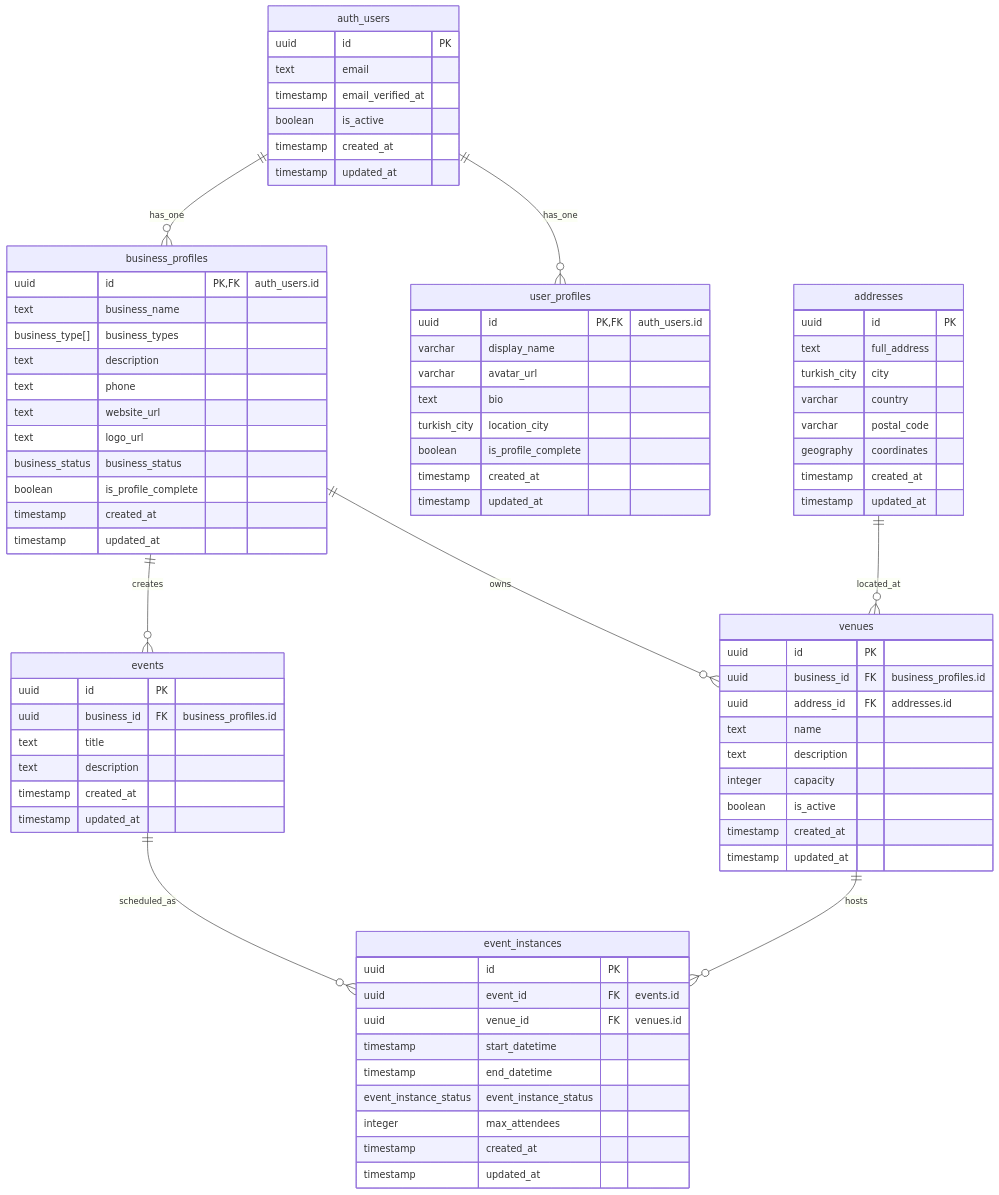
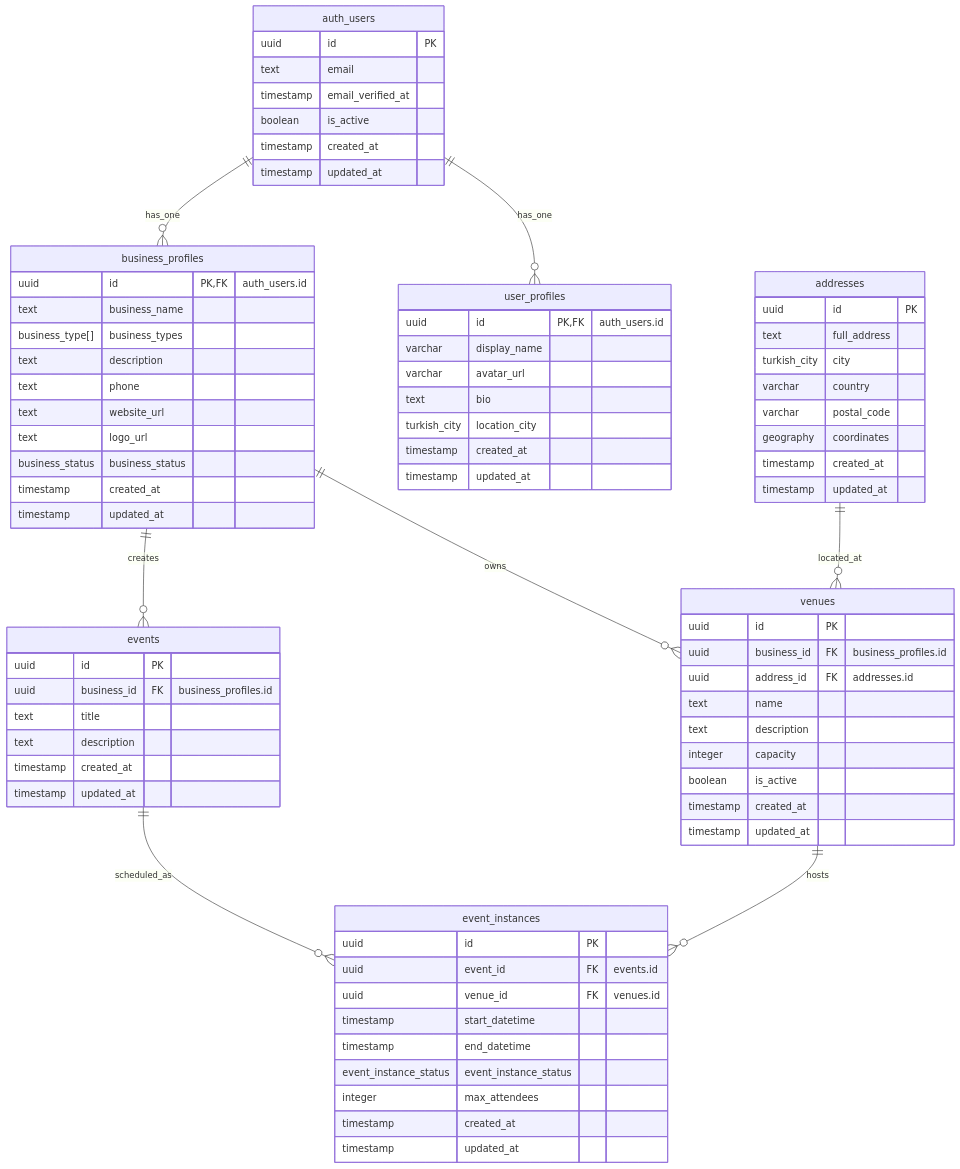
One commit to PlaneInABottle/enhancedEventifyApp changed the diagram in docs/architecture/database/mvp-database-erd.md. Above: the diagram before and after it, drawn with Mermaid. The commit also changed 12 other files, not shown here.

First line of the commit message:
refactor: remove is_profile_complete flag from profile system

```diff
--- a/docs/architecture/database/mvp-database-erd.md
+++ b/docs/architecture/database/mvp-database-erd.md
@@ -20,7 +20,6 @@
         varchar avatar_url
         text bio
         turkish_city location_city
-        boolean is_profile_complete
         timestamp created_at
         timestamp updated_at
     }
@@ -34,7 +33,6 @@
         text website_url
         text logo_url
         business_status business_status
-        boolean is_profile_complete
         timestamp created_at
         timestamp updated_at
     }
```
